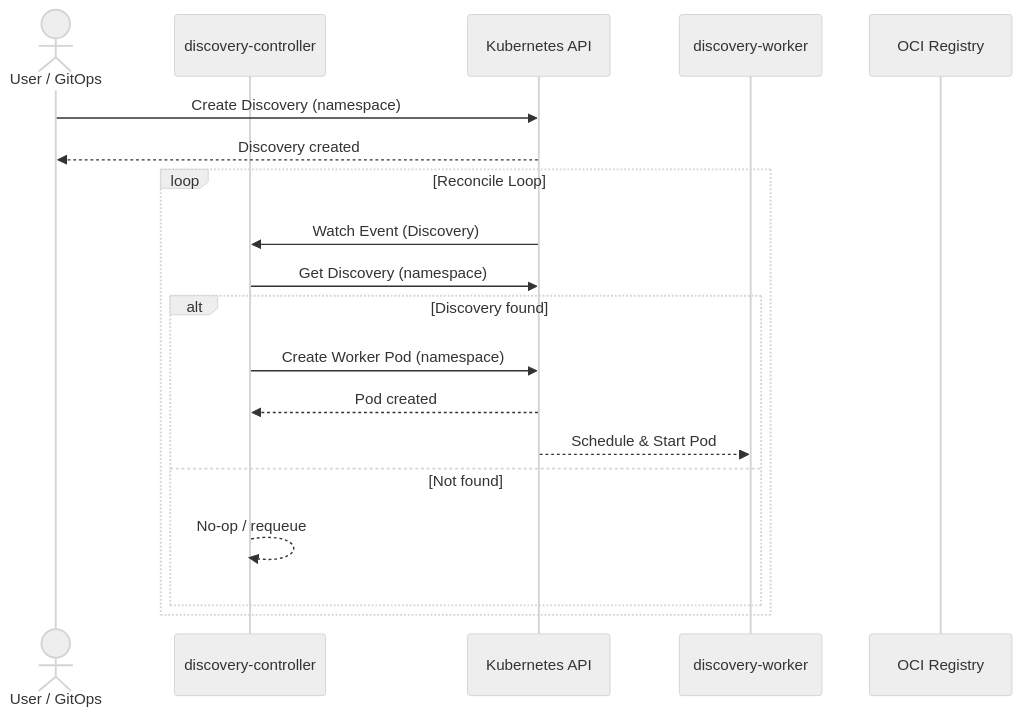
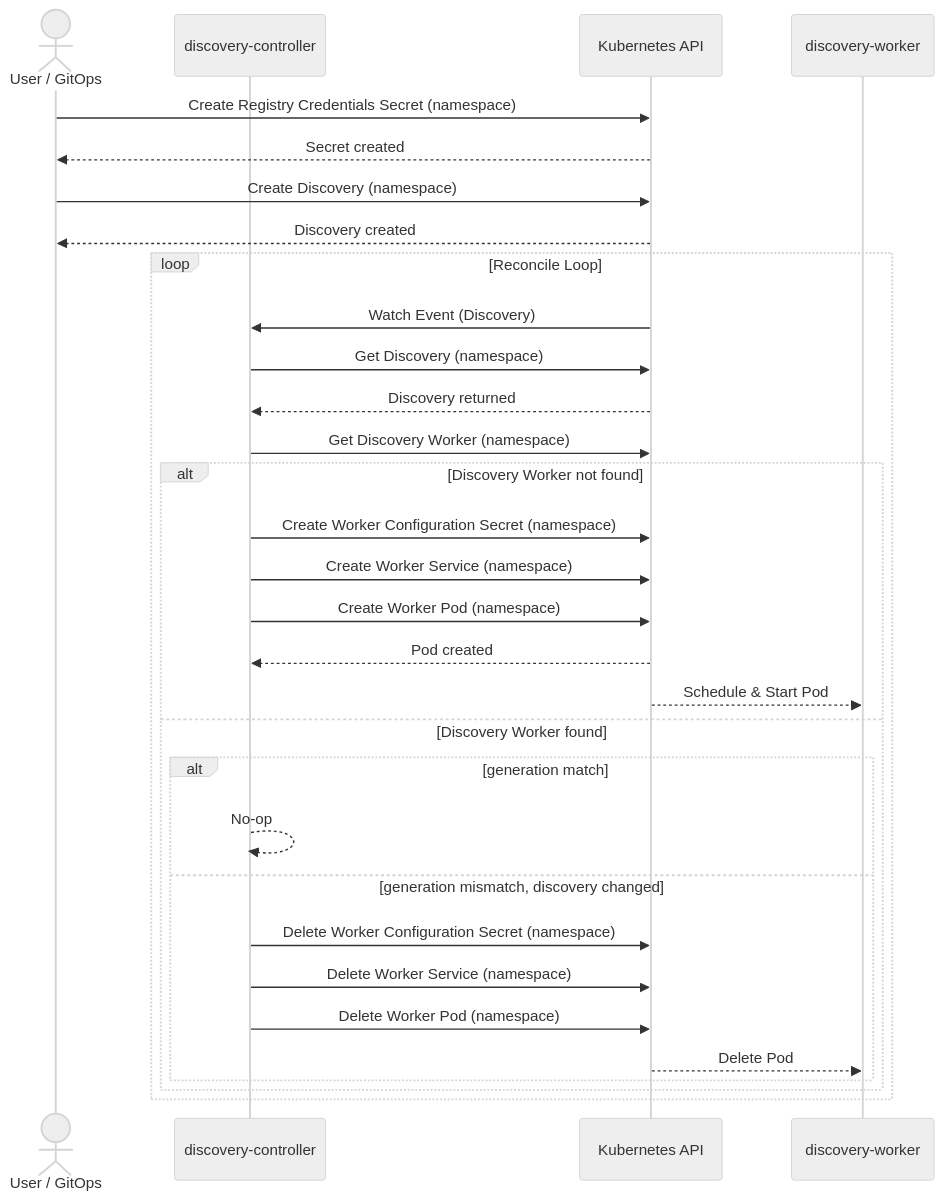
The third of 3 diagrams in docs/developer-guide/architecture.md (opendefensecloud/solution-arsenal), drawn with Mermaid (neutral theme) before and after one commit.

Commit message:
docs: Update sequence diagram for discovery-controller reconciliation flow

````diff
--- a/docs/developer-guide/architecture.md
+++ b/docs/developer-guide/architecture.md
@@ -91,23 +91,35 @@
 ```mermaid
 sequenceDiagram
     actor U as User / GitOps
     participant C as discovery-controller
     participant K as Kubernetes API
     participant W as discovery-worker
-    participant R as OCI Registry
 
+    U->>K: Create Registry Credentials Secret (namespace)
+    K-->>U: Secret created
     U->>K: Create Discovery (namespace)
     K-->>U: Discovery created
 
     loop Reconcile Loop
         K->>C: Watch Event (Discovery)
         C->>K: Get Discovery (namespace)
-        alt Discovery found
+        K-->>C: Discovery returned
+        C->>K: Get Discovery Worker (namespace)
+        alt Discovery Worker not found
+            C->>K: Create Worker Configuration Secret (namespace)
+            C->>K: Create Worker Service (namespace)
             C->>K: Create Worker Pod (namespace)
             K-->>C: Pod created
             K-->>W: Schedule & Start Pod
-        else Not found
-            C-->>C: No-op / requeue
+        else Discovery Worker found
+            alt generation match
+                C-->>C: No-op
+            else generation mismatch, discovery changed
+                C->>K: Delete Worker Configuration Secret (namespace)
+                C->>K: Delete Worker Service (namespace)
+                C->>K: Delete Worker Pod (namespace)
+                K-->>W: Delete Pod
+            end
         end
     end
 ```
````
